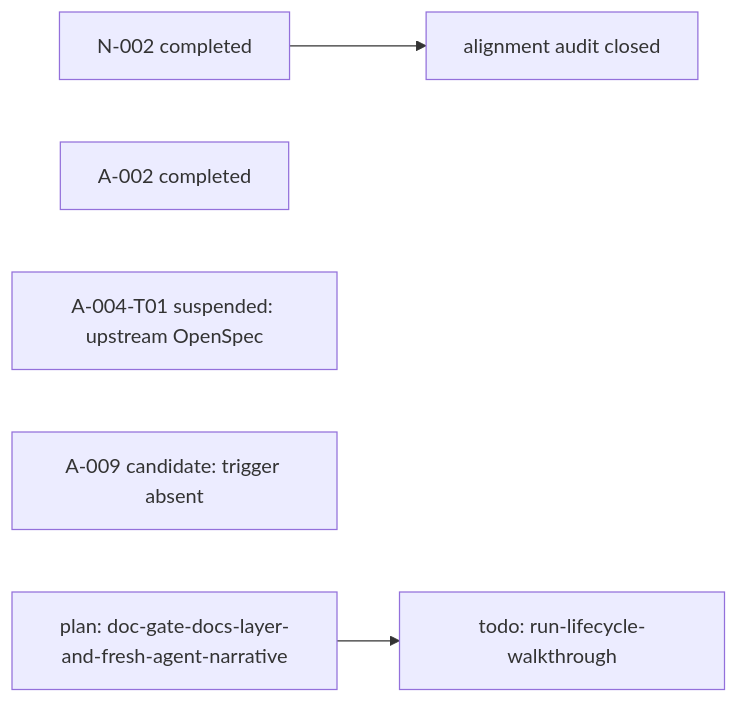
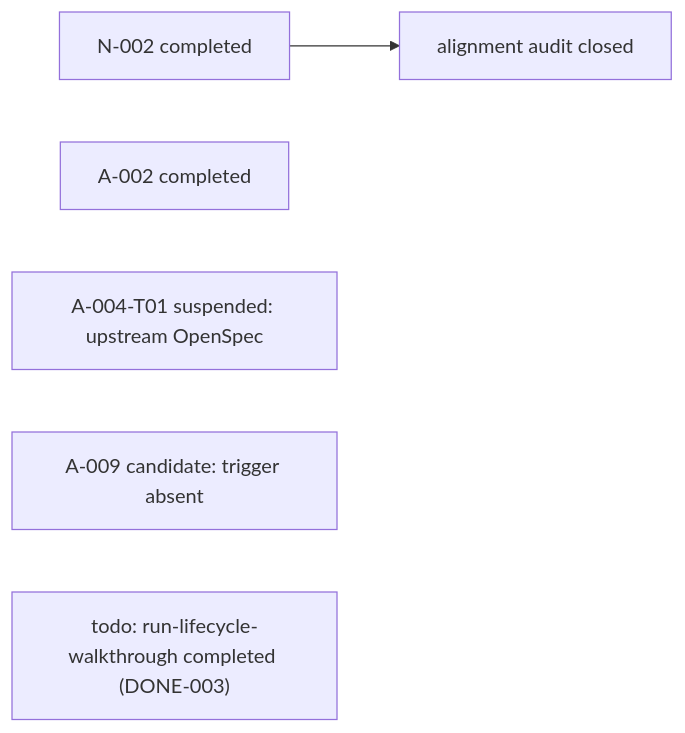
One commit to ethan-jiang-1/ai_deerflow_deep_research_v2 changed the diagram in _backlog/todos/README.md. Above: the diagram before and after it, drawn with Mermaid. The commit also changed other lines of this file and 9 other files, not shown here.

First line of the commit message:
backlog: close CLS-057 doc-gate-docs-layer-and-fresh-agent-narrative (DONE-003)

````diff
--- a/_backlog/todos/README.md
+++ b/_backlog/todos/README.md
@@ -45,8 +44,8 @@
 ```mermaid
 flowchart LR
   N002["N-002 completed"] --> Close["alignment audit closed"]
   A002["A-002 completed"]
   T01["A-004-T01 suspended: upstream OpenSpec"]
   A009["A-009 candidate: trigger absent"]
-  PLN["plan: doc-gate-docs-layer-and-fresh-agent-narrative"] --> WLK["todo: run-lifecycle-walkthrough"]
+  WLK["todo: run-lifecycle-walkthrough completed (DONE-003)"]
 ```
````
